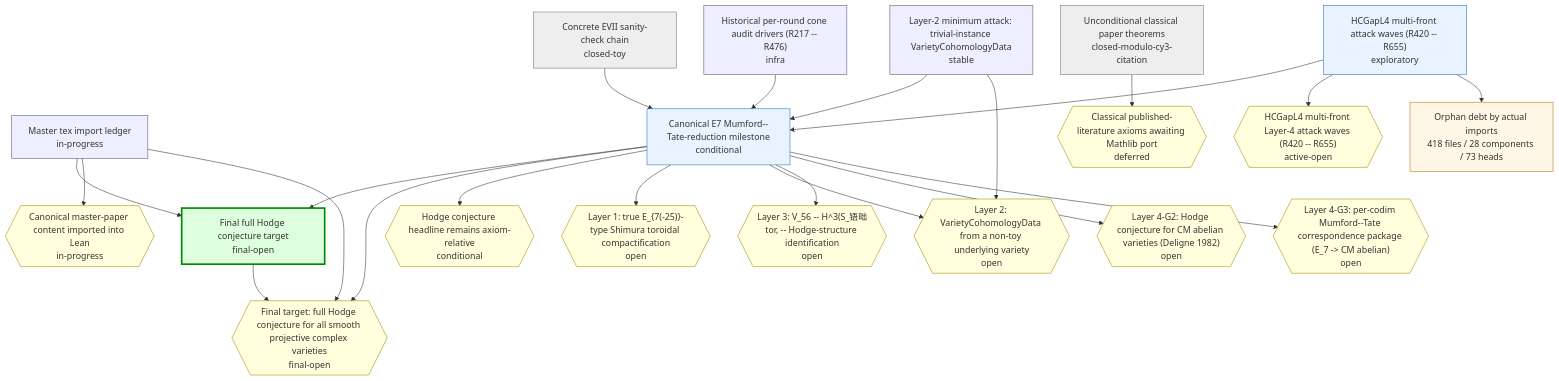
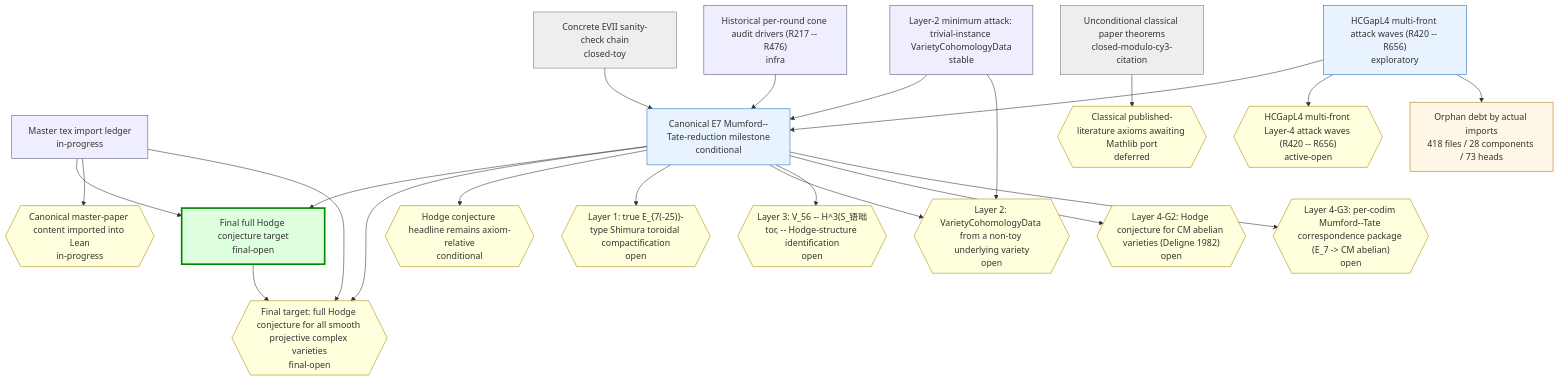
Before and after one commit to crabsatellite/hodge-conjecture-lean4-formalization: the first of 2 diagrams in chain-status/research-map.md, drawn with Mermaid. The commit also changed other lines of this file and 8 other files, not shown here.

````diff
--- a/chain-status/research-map.md
+++ b/chain-status/research-map.md
@@ -46,54 +46,54 @@
 ```mermaid
 graph TD
   classDef main fill:#dfd,stroke:#080,stroke-width:3px
   classDef active fill:#e8f3ff,stroke:#2670b8
   classDef support fill:#eef,stroke:#557
   classDef closed fill:#eee,stroke:#777
   classDef dead fill:#fdd,stroke:#a00,stroke-width:2px
   classDef gapOpen fill:#ffd,stroke:#a80
   classDef gapClosed fill:#eee,stroke:#777
   classDef gapDead fill:#fdd,stroke:#a00
   classDef debt fill:#fff7e6,stroke:#b87514
   classDef debtTaxonomy fill:#e8f3ff,stroke:#2670b8,stroke-dasharray:3 3
   classDef debtRule fill:#eefbea,stroke:#398439,stroke-dasharray:3 3
   classDef debtDead fill:#fdd,stroke:#a00,stroke-dasharray:3 3
   chain_full_hc_final_target["Final full Hodge conjecture target\nfinal-open"]:::main
   chain_master_paper_import_ledger["Master tex import ledger\nin-progress"]:::support
   chain_main_hc_axiom_relative["Canonical E7 Mumford--Tate-reduction milestone\nconditional"]:::active
   chain_unconditional_classical["Unconditional classical paper theorems\nclosed-modulo-cy3-citation"]:::closed
   chain_hcgap_l2_trivial_instances["Layer-2 minimum attack: trivial-instance VarietyCohomologyData\nstable"]:::support
-  chain_hcgap_l4_multifront_active["HCGapL4 multi-front attack waves (R420 -- R655)\nexploratory"]:::active
+  chain_hcgap_l4_multifront_active["HCGapL4 multi-front attack waves (R420 -- R656)\nexploratory"]:::active
   chain_concrete_evii_toy["Concrete EVII sanity-check chain\nclosed-toy"]:::closed
   chain_historical_cone_audits["Historical per-round cone audit drivers (R217 -- R476)\ninfra"]:::support
   gap_G_full_hc{{"Final target: full Hodge conjecture for all smooth projective complex varieties\nfinal-open"}}:::gapOpen
   gap_G_master_paper_import{{"Canonical master-paper content imported into Lean\nin-progress"}}:::gapOpen
   gap_G_main_hc{{"Hodge conjecture headline remains axiom-relative\nconditional"}}:::gapOpen
   gap_G_l1_e7_shimura_tor{{"Layer 1: true E_{7(-25)}-type Shimura toroidal compactification\nopen"}}:::gapOpen
   gap_G_l2_cohomology_construction{{"Layer 2: VarietyCohomologyData from a non-toy underlying variety\nopen"}}:::gapOpen
   gap_G_l3_v56_mt_identification{{"Layer 3: V_56 -- H^3(S_铻昢tor, -- Hodge-structure identification\nopen"}}:::gapOpen
   gap_G_l4_cm_abelian_hc{{"Layer 4-G2: Hodge conjecture for CM abelian varieties (Deligne 1982)\nopen"}}:::gapOpen
   gap_G_l4_mt_correspondence{{"Layer 4-G3: per-codim Mumford--Tate correspondence package (E_7 -> CM abelian)\nopen"}}:::gapOpen
   gap_G_classical_mathlib_port{{"Classical published-literature axioms awaiting Mathlib port\ndeferred"}}:::gapOpen
-  gap_G_hcgap_l4_multifront{{"HCGapL4 multi-front Layer-4 attack waves (R420 -- R655)\nactive-open"}}:::gapOpen
+  gap_G_hcgap_l4_multifront{{"HCGapL4 multi-front Layer-4 attack waves (R420 -- R656)\nactive-open"}}:::gapOpen
   chain_full_hc_final_target --> gap_G_full_hc
   chain_master_paper_import_ledger --> chain_full_hc_final_target
   chain_master_paper_import_ledger --> gap_G_master_paper_import
   chain_master_paper_import_ledger --> gap_G_full_hc
   chain_main_hc_axiom_relative --> chain_full_hc_final_target
   chain_main_hc_axiom_relative --> gap_G_full_hc
   chain_main_hc_axiom_relative --> gap_G_main_hc
   chain_main_hc_axiom_relative --> gap_G_l1_e7_shimura_tor
   chain_main_hc_axiom_relative --> gap_G_l2_cohomology_construction
   chain_main_hc_axiom_relative --> gap_G_l3_v56_mt_identification
   chain_main_hc_axiom_relative --> gap_G_l4_cm_abelian_hc
   chain_main_hc_axiom_relative --> gap_G_l4_mt_correspondence
   chain_unconditional_classical --> gap_G_classical_mathlib_port
   chain_hcgap_l2_trivial_instances --> chain_main_hc_axiom_relative
   chain_hcgap_l2_trivial_instances --> gap_G_l2_cohomology_construction
   chain_hcgap_l4_multifront_active --> chain_main_hc_axiom_relative
   chain_hcgap_l4_multifront_active --> gap_G_hcgap_l4_multifront
   chain_concrete_evii_toy --> chain_main_hc_axiom_relative
   chain_historical_cone_audits --> chain_main_hc_axiom_relative
   debt_all["Orphan debt by actual imports\n418 files / 28 components / 73 heads"]:::debt
   chain_hcgap_l4_multifront_active --> debt_all
 ```
````
